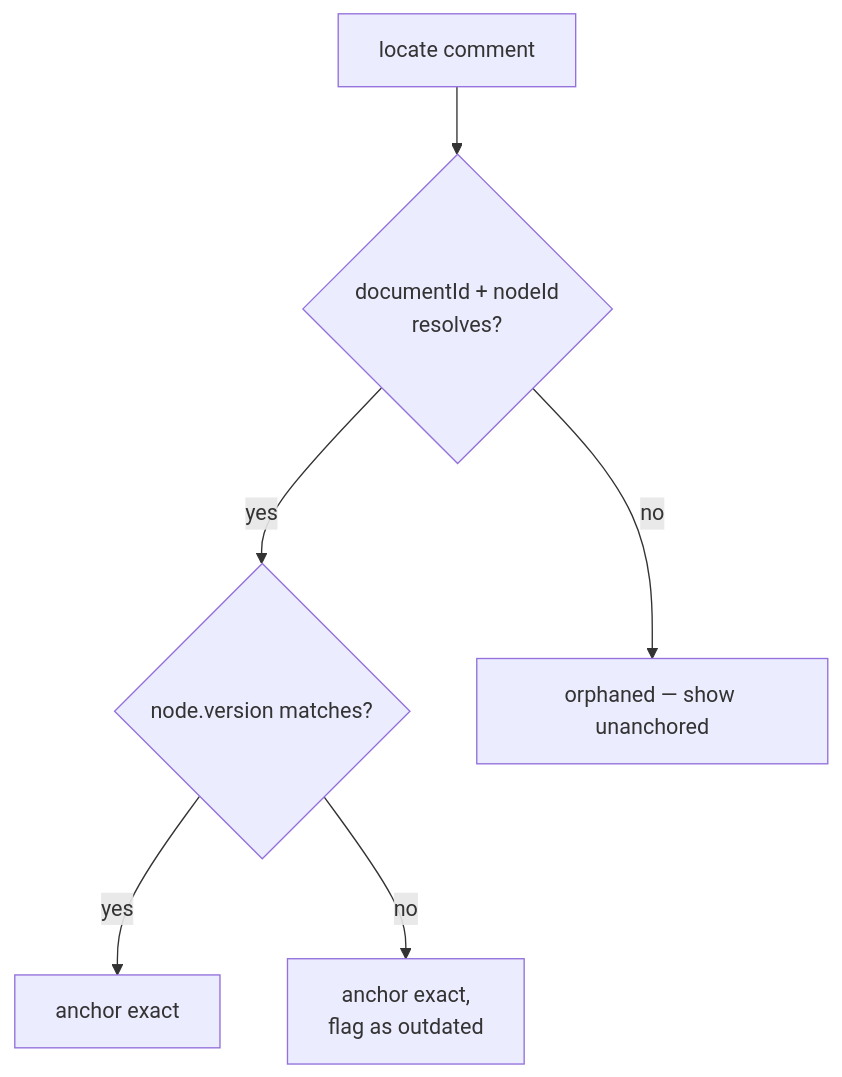
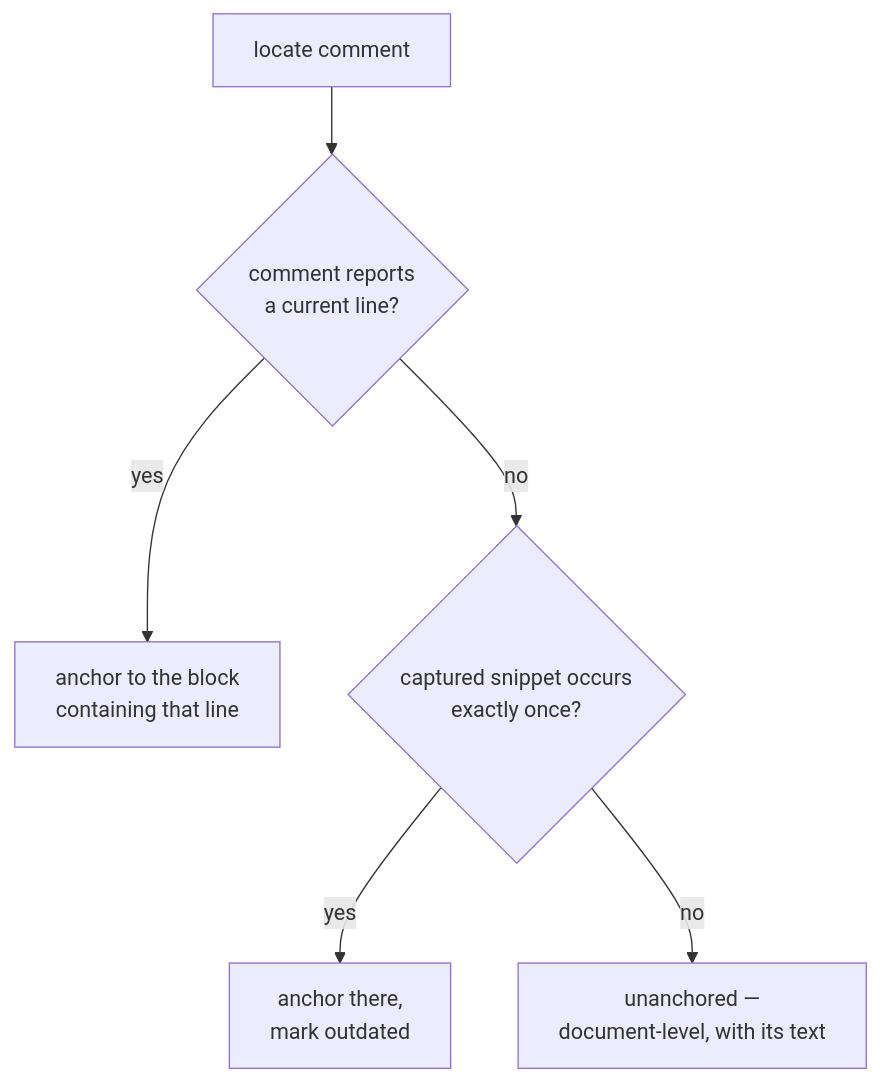
One commit to metuur-ai/agentic-visual-spec changed the second of 3 diagrams in docs/lld/github-pr-collaborative-documents.md. Above: the diagram before and after it, drawn with Mermaid. The commit also changed other lines of this file and 7 other files, not shown here.

````diff
--- a/docs/lld/github-pr-collaborative-documents.md
+++ b/docs/lld/github-pr-collaborative-documents.md
@@ -203,8 +254,8 @@
 ```mermaid
 flowchart TD
-  A["locate comment"] --> B{"documentId + nodeId<br/>resolves?"}
-  B -->|yes| C{"node.version matches?"}
-  C -->|yes| OK["anchor exact"]
-  C -->|no| E["anchor exact,<br/>flag as outdated"]
-  B -->|no| I["orphaned — show unanchored"]
+  A["locate comment"] --> B{"comment reports<br/>a current line?"}
+  B -->|yes| OK["anchor to the block<br/>containing that line"]
+  B -->|no| C{"captured snippet occurs<br/>exactly once?"}
+  C -->|yes| D["anchor there,<br/>mark outdated"]
+  C -->|no| E["unanchored —<br/>document-level, with its text"]
 ```
````
